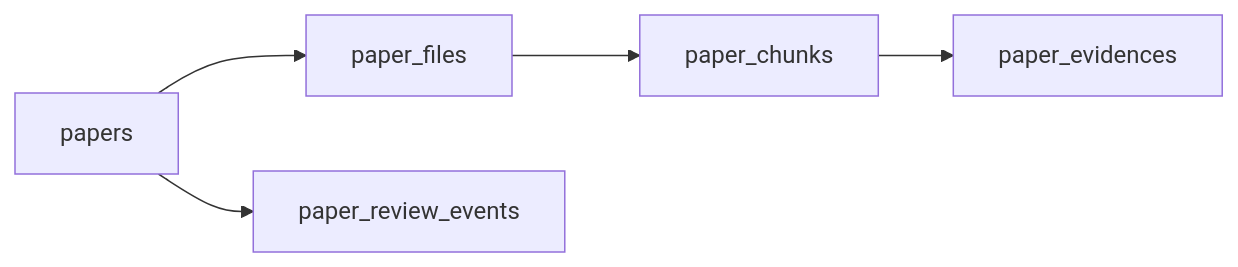
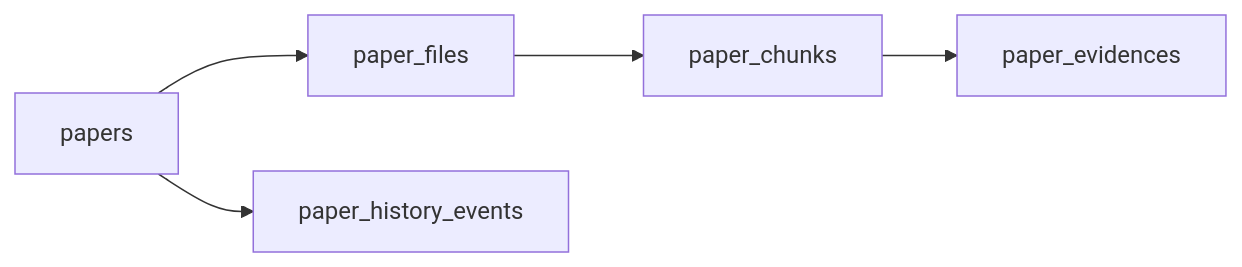
Before and after one commit to JLU-ICCMS-MaYuan/Conventional-SC-Dataset: the diagram in docs/overview/02_Decentralized_Maintenance_and_Verification/domain-model-and-schema.md, drawn with Mermaid. The commit also changed other lines of this file and 38 other files, not shown here.

````diff
--- a/docs/overview/02_Decentralized_Maintenance_and_Verification/domain-model-and-schema.md
+++ b/docs/overview/02_Decentralized_Maintenance_and_Verification/domain-model-and-schema.md
@@ -65,7 +65,7 @@
 ```mermaid
 flowchart LR
     P[papers] --> PF[paper_files]
     PF --> PC[paper_chunks]
     PC --> PE[paper_evidences]
-    P --> PRE[paper_review_events]
+    P --> PRE[paper_history_events]
 ```
````
